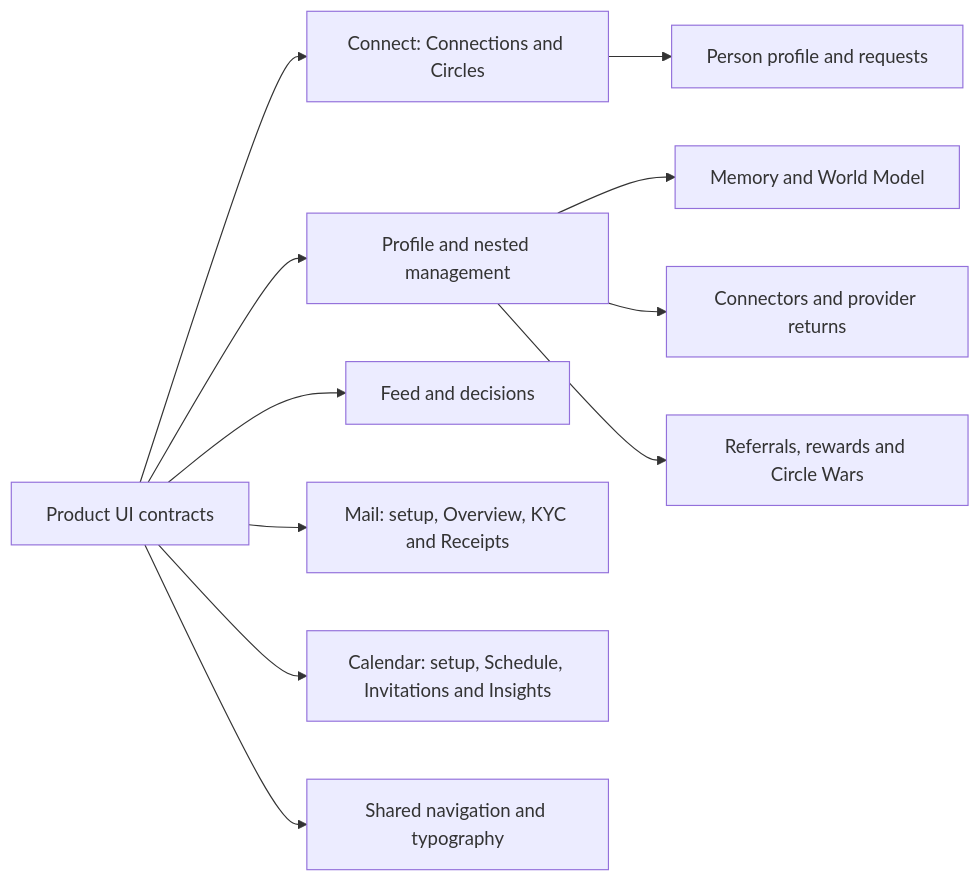
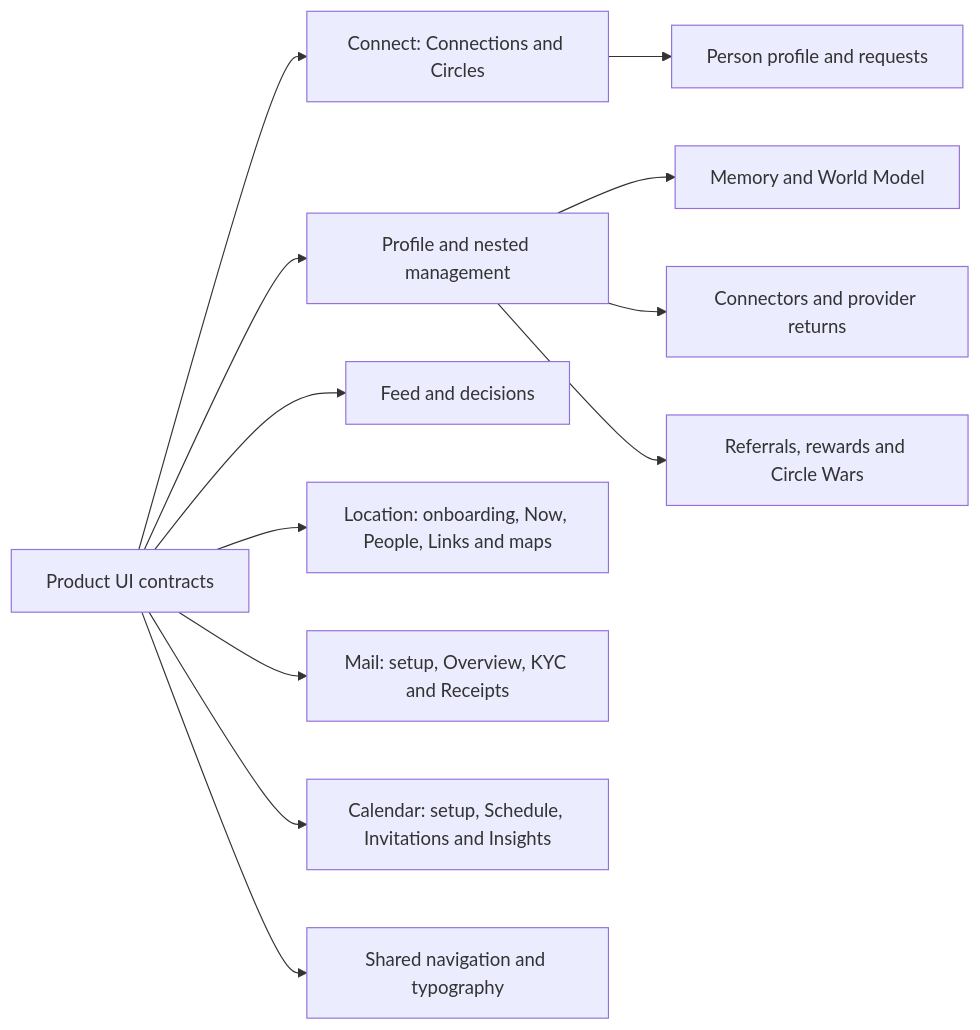
One commit to hushh-labs/hushh-research changed the diagram in hushh-webapp/docs/ui-contracts/README.md. Above: the diagram before and after it, drawn with Mermaid. The commit also changed other lines of this file and 56 other files, not shown here.

````diff
--- a/hushh-webapp/docs/ui-contracts/README.md
+++ b/hushh-webapp/docs/ui-contracts/README.md
@@ -5,13 +5,14 @@
 ```mermaid
 flowchart LR
   index["Product UI contracts"] --> connect["Connect: Connections and Circles"]
   index --> profile["Profile and nested management"]
   index --> feed["Feed and decisions"]
+  index --> location["Location: onboarding, Now, People, Links and maps"]
   index --> mail["Mail: setup, Overview, KYC and Receipts"]
   index --> calendar["Calendar: setup, Schedule, Invitations and Insights"]
   index --> nav["Shared navigation and typography"]
   connect --> person["Person profile and requests"]
   profile --> memory["Memory and World Model"]
   profile --> connectors["Connectors and provider returns"]
   profile --> referrals["Referrals, rewards and Circle Wars"]
 ```
````
